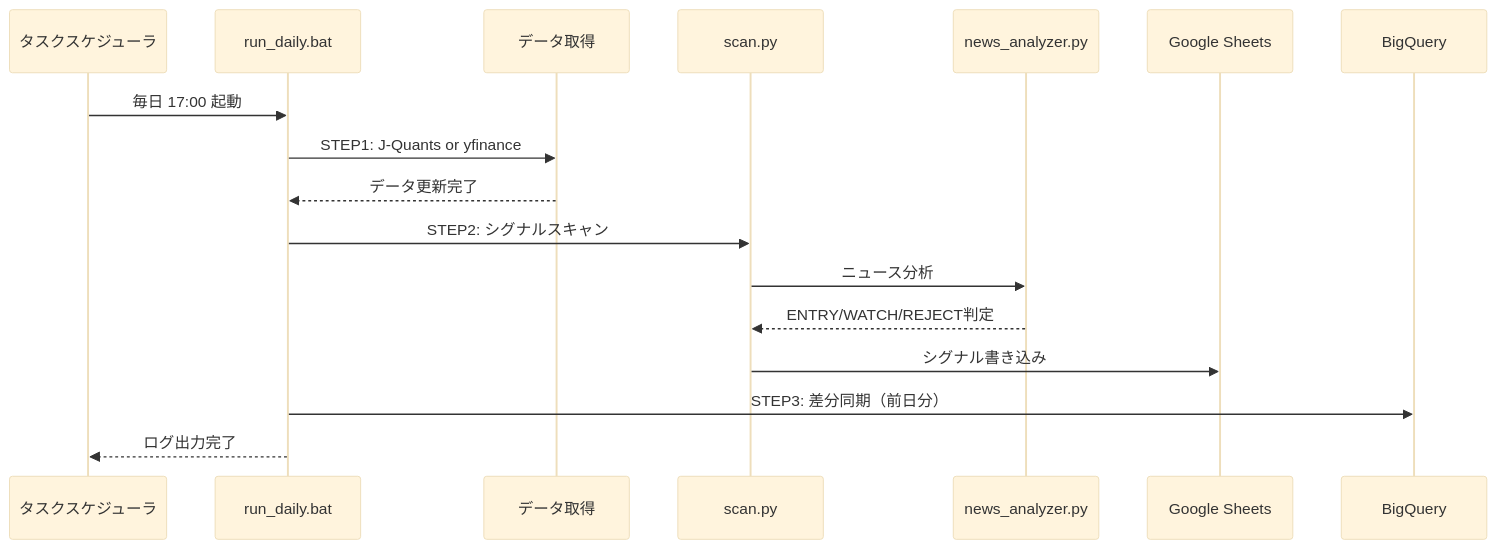
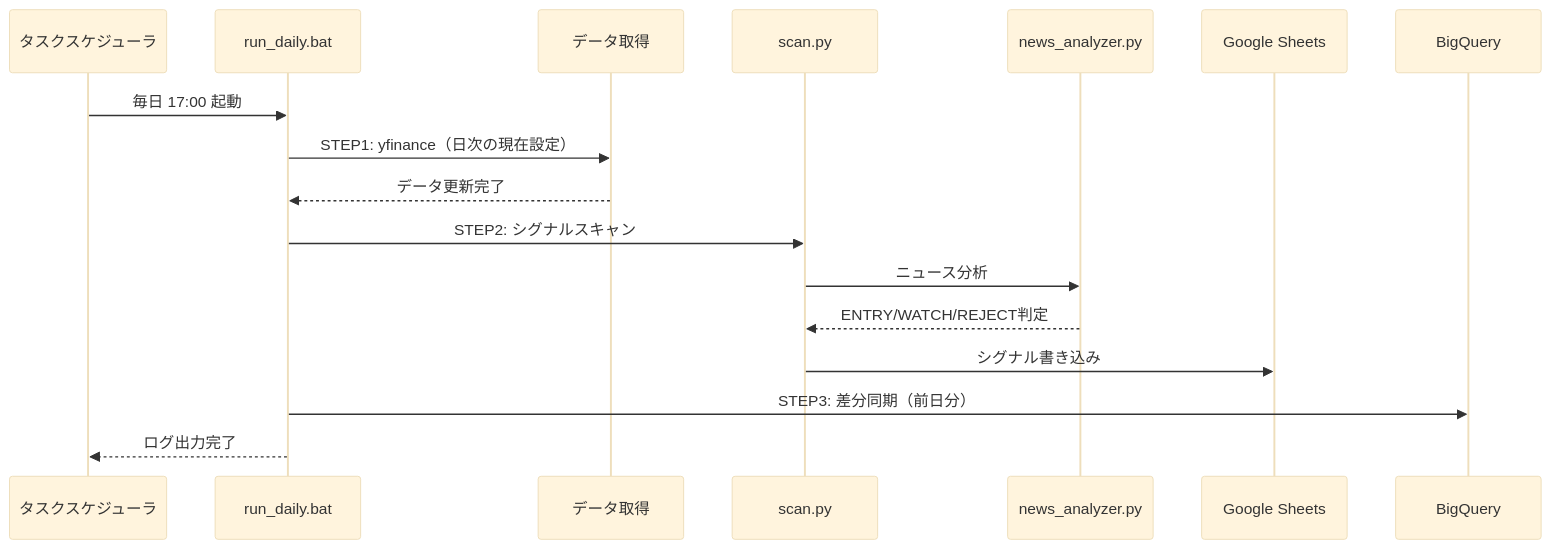
One commit to yke-t/jquants-stock-collector changed the second of 3 diagrams in docs/ARCHITECTURE.md. Above: the diagram before and after it, drawn with Mermaid (base theme). The commit also changed other lines of this file and 13 other files, not shown here.

````diff
--- a/docs/ARCHITECTURE.md
+++ b/docs/ARCHITECTURE.md
@@ -71,20 +72,20 @@
 ```mermaid
 sequenceDiagram
     participant Scheduler as タスクスケジューラ
     participant Bat as run_daily.bat
     participant Data as データ取得
     participant Scan as scan.py
     participant News as news_analyzer.py
     participant Sheets as Google Sheets
     participant BQ as BigQuery
     
     Scheduler->>Bat: 毎日 17:00 起動
-    Bat->>Data: STEP1: J-Quants or yfinance
+    Bat->>Data: STEP1: yfinance（日次の現在設定）
     Data-->>Bat: データ更新完了
     Bat->>Scan: STEP2: シグナルスキャン
     Scan->>News: ニュース分析
     News-->>Scan: ENTRY/WATCH/REJECT判定
     Scan->>Sheets: シグナル書き込み
     Bat->>BQ: STEP3: 差分同期（前日分）
     Bat-->>Scheduler: ログ出力完了
 ```
````
